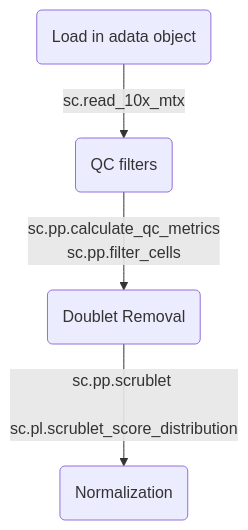
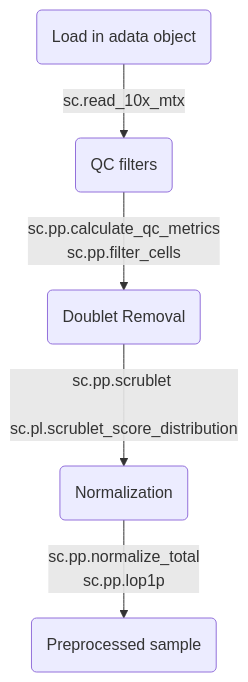
One commit to sychen9584/cardio-paper changed the first of 2 diagrams in notebooks/processing/readme.md. Above: the diagram before and after it, drawn with Mermaid. The commit also changed other lines of this file, not shown here.

Commit message:
Add in flowcharts for scRNA-seq processing

````diff
--- a/notebooks/processing/readme.md
+++ b/notebooks/processing/readme.md
@@ -11,6 +15,7 @@
 ```mermaid
 graph TD
 A(Load in adata object) -- sc.read_10x_mtx --> B(QC filters)
 B -- sc.pp.calculate_qc_metrics <br> sc.pp.filter_cells --> C(Doublet Removal)
 C -- sc.pp.scrublet <br> sc.pl.scrublet_score_distribution --> D(Normalization)
+D -- sc.pp.normalize_total <br> sc.pp.lop1p --> E(Preprocessed sample)
 ```
````
